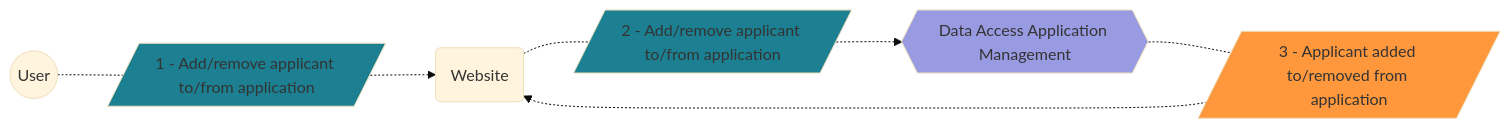
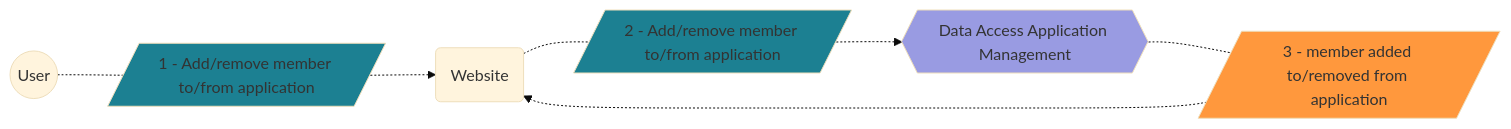
One commit to GenomicDataInfrastructure/gdi-userportal-docs changed the ninth of 16 diagrams in content/docs/data-access-application-management/use-cases/_index.md. Above: the diagram before and after it, drawn with Mermaid (base theme). The commit also changed other lines of this file, not shown here.

Commit message:
doc: rename applicant to member in DAAM use cases

````diff
--- a/content/docs/data-access-application-management/use-cases/_index.md
+++ b/content/docs/data-access-application-management/use-cases/_index.md
@@ -375,36 +375,36 @@
 ```mermaid
 flowchart LR
     user(("`
         User
     `"))
     
     website("`
         Website
     `")
     
     daam{{"`
         Data Access Application Management
     `"}}
     style daam fill:#999be2
     
-    add_applicant_1[/"`
-        1 - Add/remove applicant to/from application
+    add_member_1[/"`
+        1 - Add/remove member to/from application
     `"/]
-    add_applicant_2[/"`
-        2 - Add/remove applicant to/from application
+    add_member_2[/"`
+        2 - Add/remove member to/from application
     `"/]
-    style add_applicant_1 fill:#1C8092
-    style add_applicant_2 fill:#1C8092
+    style add_member_1 fill:#1C8092
+    style add_member_2 fill:#1C8092
 
-    applicant_added[/"`
-        3 - Applicant added to/removed from application
+    member_added[/"`
+        3 - member added to/removed from application
     `"/]
-    style applicant_added fill:#FF983D
+    style member_added fill:#FF983D
 
-    user -.- add_applicant_1
-    add_applicant_1 -.-> website
-    website -.- add_applicant_2
-    add_applicant_2 -.-> daam
-    daam -.- applicant_added
-    applicant_added -.-> website
+    user -.- add_member_1
+    add_member_1 -.-> website
+    website -.- add_member_2
+    add_member_2 -.-> daam
+    daam -.- member_added
+    member_added -.-> website
 ```
````
